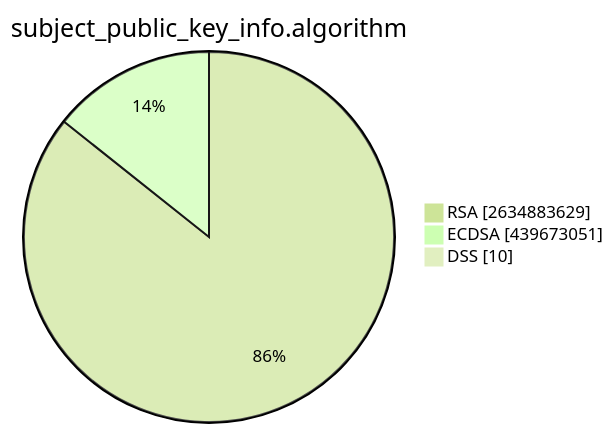
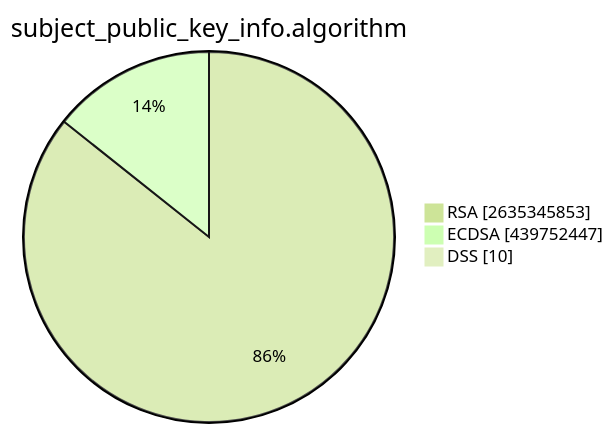
Before and after one commit to christiankrug/ctmonitor_visualization: the second of 15 diagrams in TOTAL/README.md, drawn with Mermaid (forest theme). The commit also changed other lines of this file, not shown here.

````diff
--- a/TOTAL/README.md
+++ b/TOTAL/README.md
@@ -6,7 +6,7 @@
 ```mermaid
 pie showData
 title subject_public_key_info.algorithm
-"RSA" :2634883629
-"ECDSA" :439673051
+"RSA" :2635345853
+"ECDSA" :439752447
 "DSS" :10
 ```
````
